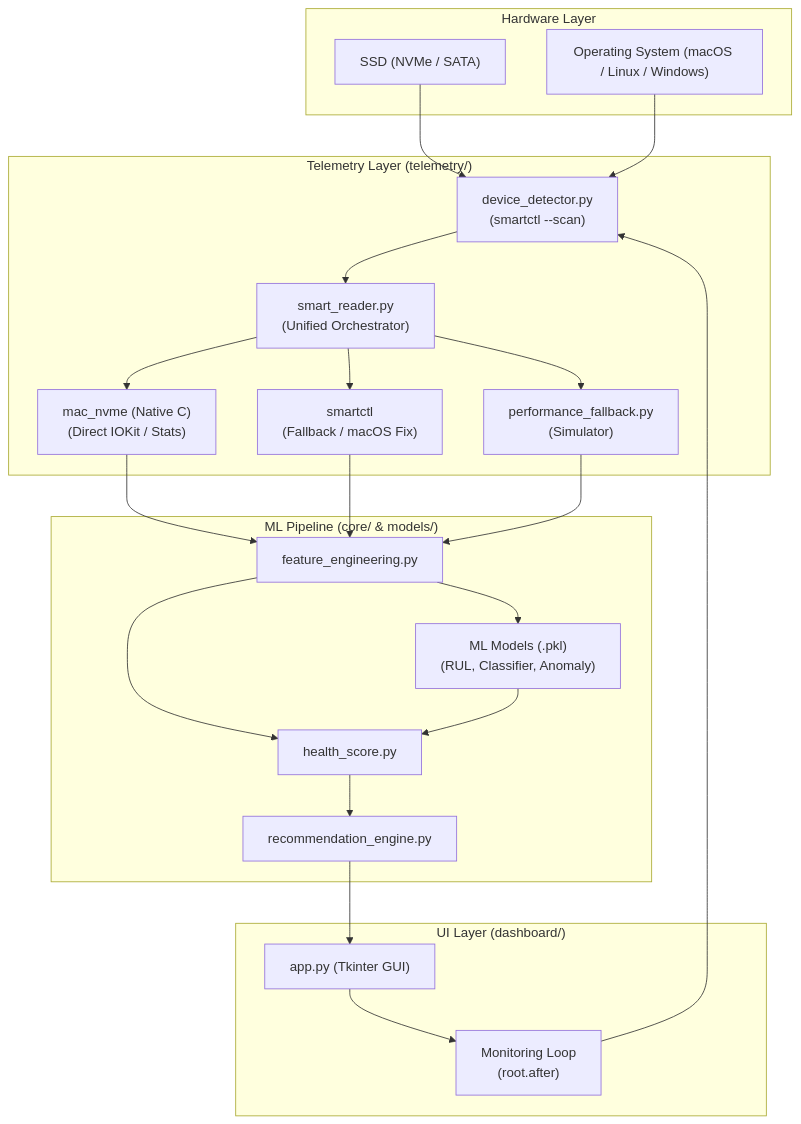
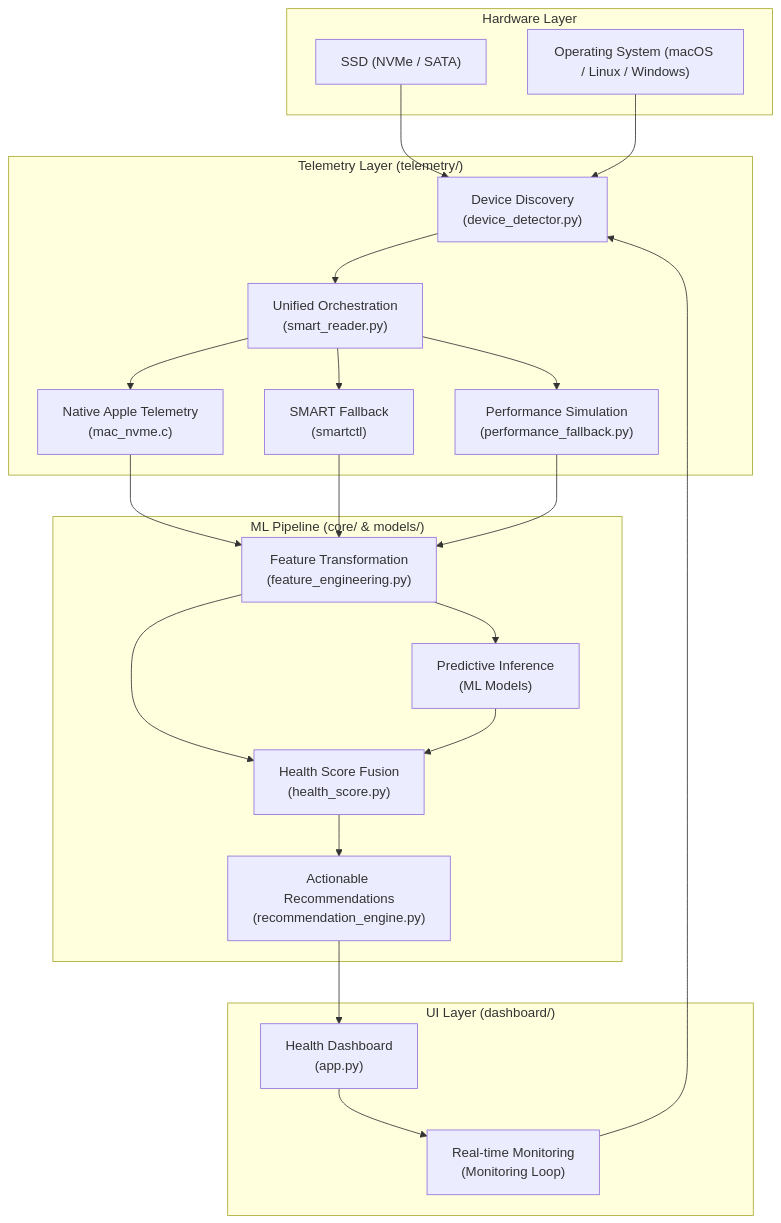
The diagram in Architecture.md (the-mayankjha/NANDGuard-), drawn with Mermaid before and after one commit. The commit also changed 4 other files, not shown here.

Commit message:
feat: native C bridge for Apple Mac NVMe and IOkit Communication for SMERT Data

````diff
--- a/Architecture.md
+++ b/Architecture.md
@@ -7,44 +7,44 @@
 ```mermaid
 graph TD
     subgraph "Hardware Layer"
         SSD["SSD (NVMe / SATA)"]
         OS["Operating System (macOS / Linux / Windows)"]
     end
 
     subgraph "Telemetry Layer (telemetry/)"
-        DD["device_detector.py<br/>(smartctl --scan)"]
-        NC["mac_nvme (Native C)<br/>(Direct IOKit / Stats)"]
-        SR["smart_reader.py<br/>(Unified Orchestrator)"]
-        SC["smartctl<br/>(Fallback / macOS Fix)"]
-        PF["performance_fallback.py<br/>(Simulator)"]
+        DD["Device Discovery<br/>(device_detector.py)"]
+        NC["Native Apple Telemetry<br/>(mac_nvme.c)"]
+        SR["Unified Orchestration<br/>(smart_reader.py)"]
+        SC["SMART Fallback<br/>(smartctl)"]
+        PF["Performance Simulation<br/>(performance_fallback.py)"]
     end
 
     subgraph "ML Pipeline (core/ & models/)"
-        FE["feature_engineering.py"]
-        HS["health_score.py"]
-        RE["recommendation_engine.py"]
-        Models["ML Models (.pkl)<br/>(RUL, Classifier, Anomaly)"]
+        FE["Feature Transformation<br/>(feature_engineering.py)"]
+        HS["Health Score Fusion<br/>(health_score.py)"]
+        RE["Actionable Recommendations<br/>(recommendation_engine.py)"]
+        Models["Predictive Inference<br/>(ML Models)"]
     end
 
     subgraph "UI Layer (dashboard/)"
-        App["app.py (Tkinter GUI)"]
-        Monitor["Monitoring Loop<br/>(root.after)"]
+        App["Health Dashboard<br/>(app.py)"]
+        Monitor["Real-time Monitoring<br/>(Monitoring Loop)"]
     end
 
     SSD --> DD
     OS --> DD
     DD --> SR
     SR --> NC
     SR --> SC
     SR --> PF
     NC --> FE
     SC --> FE
     PF --> FE
     FE --> HS
     FE --> Models
     Models --> HS
     HS --> RE
     RE --> App
     App --> Monitor
     Monitor --> DD
 ```
````
